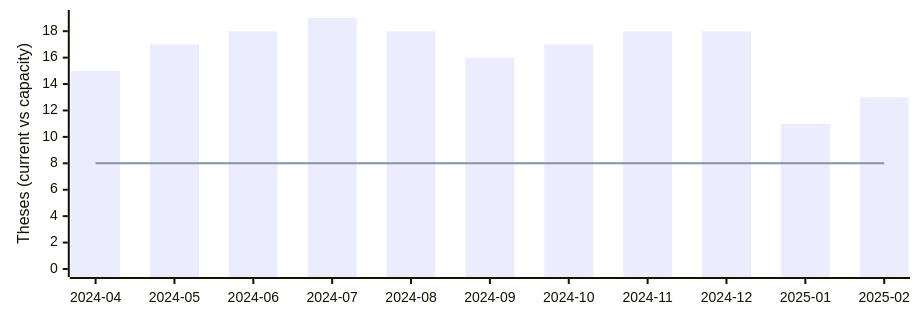
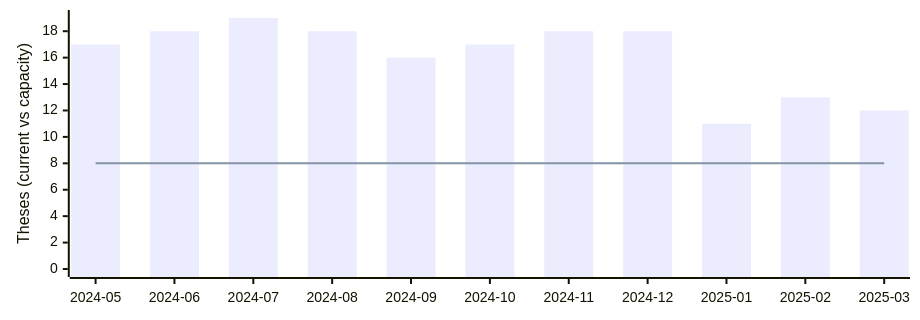
Before and after one commit to digital-work-lab/theses: the diagram in _includes/availability.md, drawn with Mermaid.

Commit message:
Update availability chart

````diff
--- a/_includes/availability.md
+++ b/_includes/availability.md
@@ -2,13 +2,13 @@
 ```mermaid
 ---
 config:
     xyChart:
         width: 900
         height: 300
 ---
 xychart-beta
-    x-axis [2024-04, 2024-05, 2024-06, 2024-07, 2024-08, 2024-09, 2024-10, 2024-11, 2024-12, 2025-01, 2025-02]
+    x-axis [2024-05, 2024-06, 2024-07, 2024-08, 2024-09, 2024-10, 2024-11, 2024-12, 2025-01, 2025-02, 2025-03]
     y-axis "Theses (current vs capacity)" 0 --> 19
-    bar [15, 17, 18, 19, 18, 16, 17, 18, 18, 11, 13]
+    bar [17, 18, 19, 18, 16, 17, 18, 18, 11, 13, 12]
     line [8, 8, 8, 8, 8, 8, 8, 8, 8, 8, 8]
 ```
````
